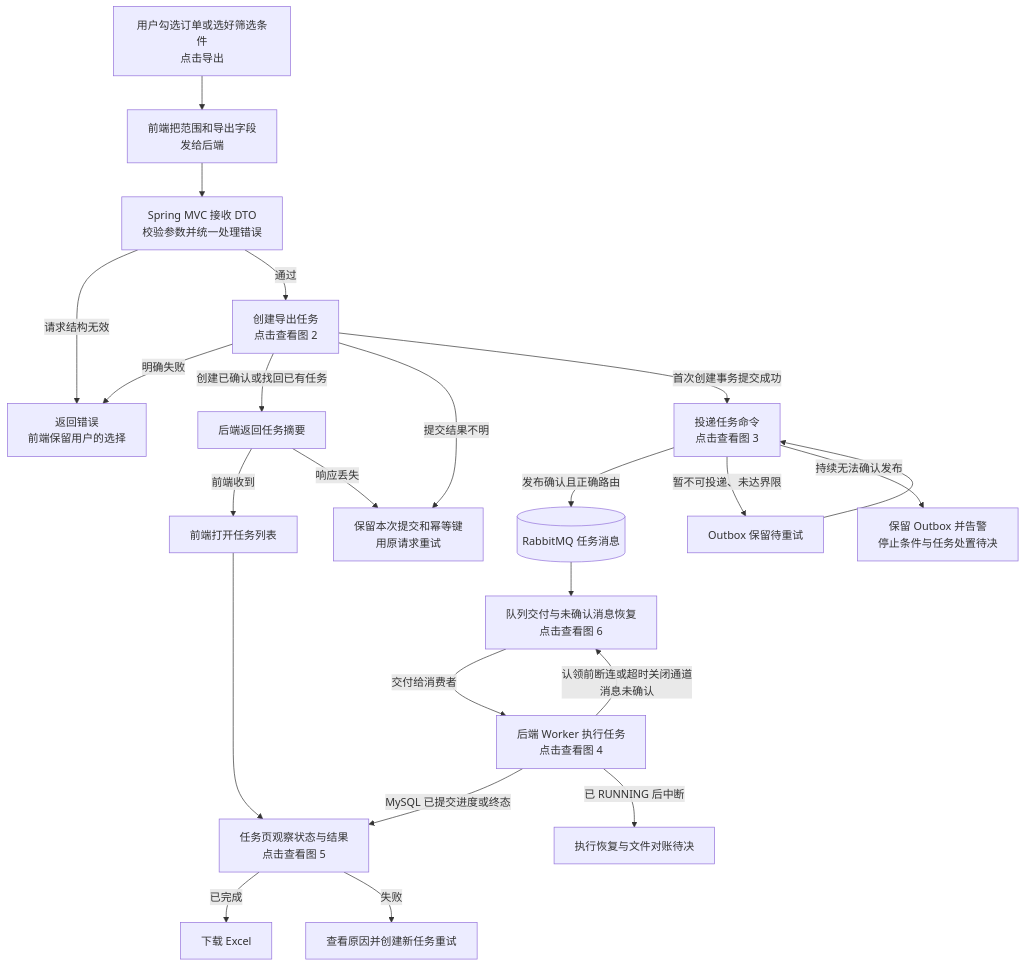
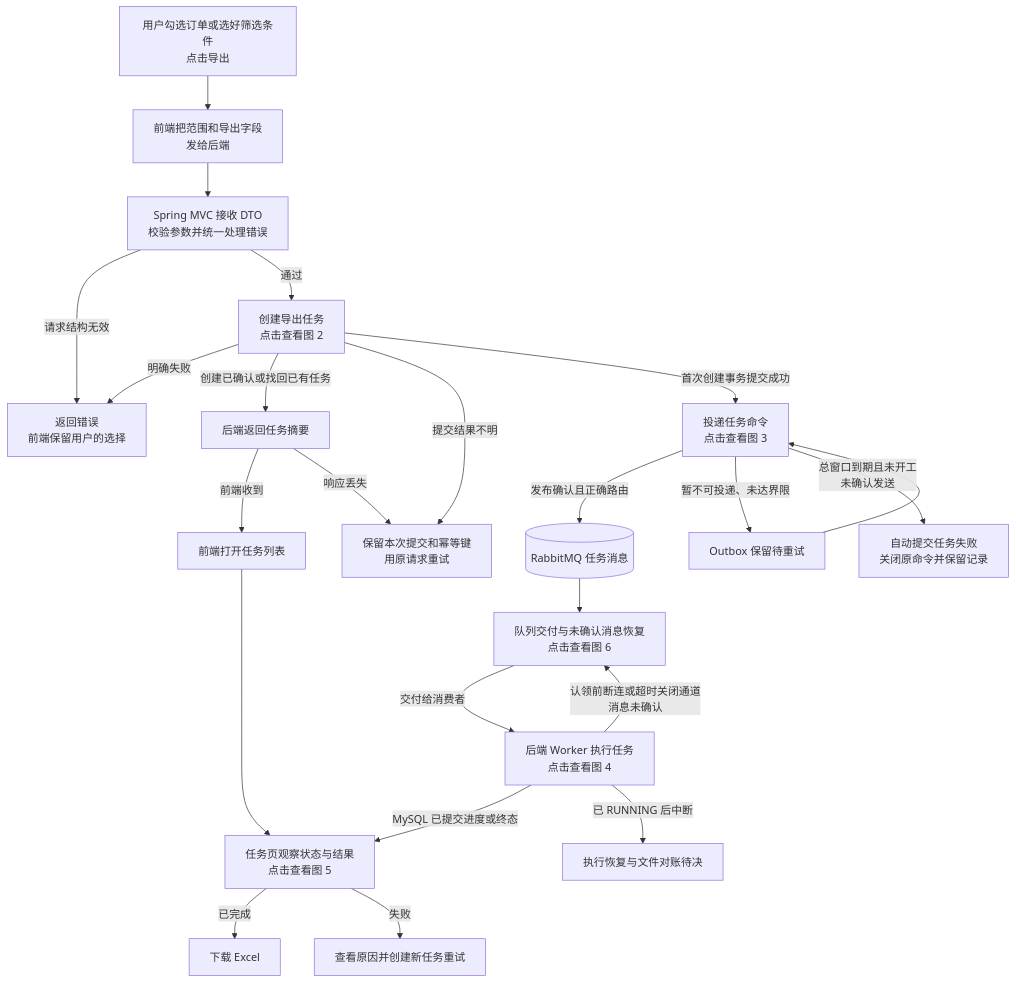
Before and after one commit to yxyxy666/export-flow: the first of 6 diagrams in DATA-FLOW.md, drawn with Mermaid. The commit also changed other lines of this file and 6 other files, not shown here.

````diff
--- a/DATA-FLOW.md
+++ b/DATA-FLOW.md
@@ -18,30 +18,30 @@
 ```mermaid
 flowchart TD
   A[用户勾选订单或选好筛选条件<br/>点击导出] --> B[前端把范围和导出字段<br/>发给后端]
   B --> C[Spring MVC 接收 DTO<br/>校验参数并统一处理错误]
   C -->|请求结构无效| E[返回错误<br/>前端保留用户的选择]
   C -->|通过| CREATE[创建导出任务<br/>点击查看图 2]
   CREATE -->|明确失败| E
   CREATE -->|创建已确认或找回已有任务| R[后端返回任务摘要]
   CREATE -->|提交结果不明| U[保留本次提交和幂等键<br/>用原请求重试]
   CREATE -->|首次创建事务提交成功| DISPATCH[投递任务命令<br/>点击查看图 3]
   R -->|前端收到| VIEW[前端打开任务列表]
   R -->|响应丢失| U
   DISPATCH -->|发布确认且正确路由| Q[(RabbitMQ 任务消息)]
   DISPATCH -->|暂不可投递、未达界限| HOLD[Outbox 保留待重试]
   HOLD --> DISPATCH
-  DISPATCH -->|持续无法确认发布| ALERT[保留 Outbox 并告警<br/>停止条件与任务处置待决]
+  DISPATCH -->|总窗口到期且未开工<br/>未确认发送| ALERT[自动提交任务失败<br/>关闭原命令并保留记录]
   Q --> DELIVERY[队列交付与未确认消息恢复<br/>点击查看图 6]
   DELIVERY -->|交付给消费者| EXEC[后端 Worker 执行任务<br/>点击查看图 4]
   EXEC -->|认领前断连或超时关闭通道<br/>消息未确认| DELIVERY
   EXEC -->|MySQL 已提交进度或终态| OBSERVE[任务页观察状态与结果<br/>点击查看图 5]
   EXEC -->|已 RUNNING 后中断| RECOVER[执行恢复与文件对账待决]
   VIEW --> OBSERVE
   OBSERVE -->|已完成| DOWNLOAD[下载 Excel]
   OBSERVE -->|失败| RETRY[查看原因并创建新任务重试]
   click CREATE href "#figure-2" "查看图 2：创建导出任务细节流程"
   click DISPATCH href "#figure-3" "查看图 3：任务命令投递细节流程"
   click EXEC href "#figure-4" "查看图 4：Worker 执行细节流程"
   click OBSERVE href "#figure-5" "查看图 5：任务状态观察细节流程"
   click DELIVERY href "#figure-6" "查看图 6：队列交付与未确认消息恢复细节流程"
 ```
````
